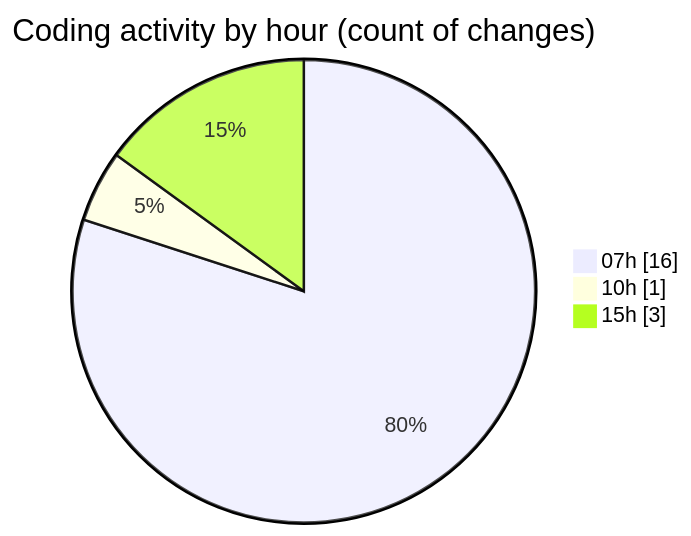
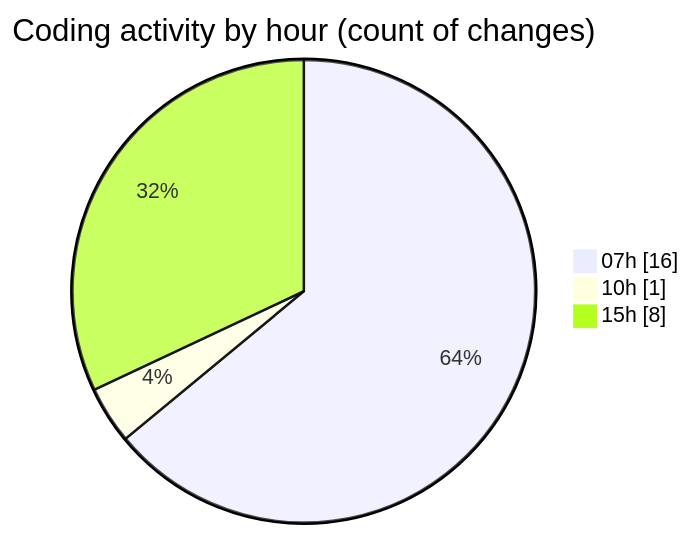
The second of 2 diagrams in 2025-03-07/mbc-web/README.md (robertbonfada/code-tracking), drawn with Mermaid before and after one commit. The commit also changed other lines of this file and 1 other file, not shown here.

````diff
--- a/2025-03-07/mbc-web/README.md
+++ b/2025-03-07/mbc-web/README.md
@@ -36,7 +36,7 @@
 ```mermaid
 pie showData
 title Coding activity by hour (count of changes)
 "07h" : 16
 "10h" : 1
-"15h" : 3
+"15h" : 8
 ```
````
